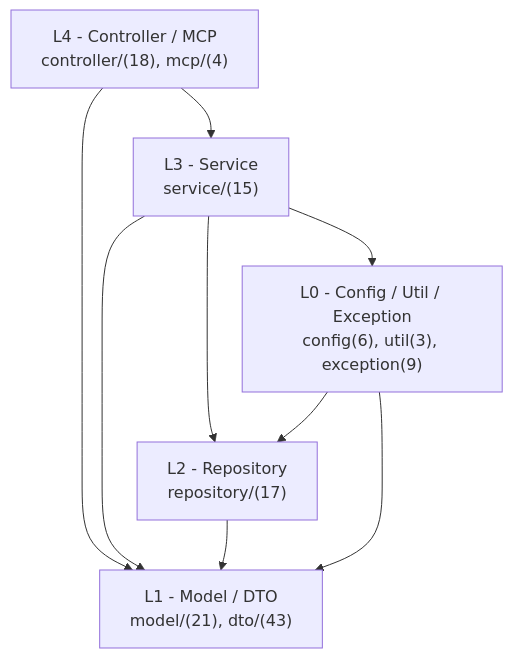
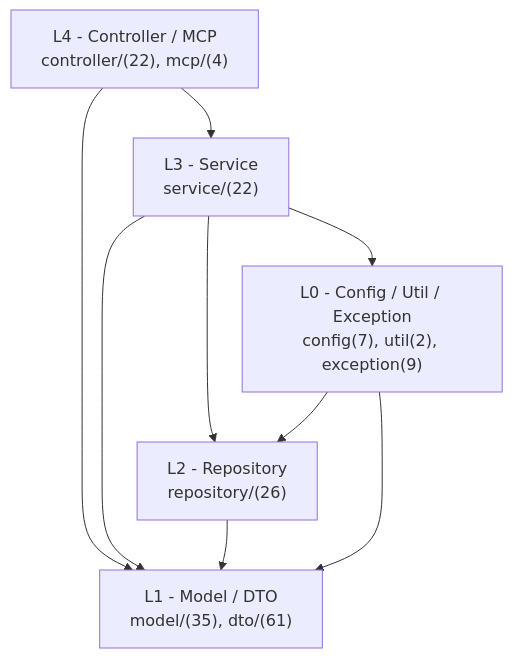
The first of 8 diagrams in docs/ARCHITECTURE.md (mambo-wang/CodingHub), drawn with Mermaid before and after one commit. The commit also changed other lines of this file and 5 other files, not shown here.

````diff
--- a/docs/ARCHITECTURE.md
+++ b/docs/ARCHITECTURE.md
@@ -41,16 +41,16 @@
 ```mermaid
 flowchart TD
-    L4["L4 - Controller / MCP<br/>controller/(18), mcp/(4)"]
-    L3["L3 - Service<br/>service/(15)"]
-    L2["L2 - Repository<br/>repository/(17)"]
-    L1["L1 - Model / DTO<br/>model/(21), dto/(43)"]
-    L0["L0 - Config / Util / Exception<br/>config(6), util(3), exception(9)"]
+    L4["L4 - Controller / MCP<br/>controller/(22), mcp/(4)"]
+    L3["L3 - Service<br/>service/(22)"]
+    L2["L2 - Repository<br/>repository/(26)"]
+    L1["L1 - Model / DTO<br/>model/(35), dto/(61)"]
+    L0["L0 - Config / Util / Exception<br/>config(7), util(2), exception(9)"]
     L4 --> L3
     L4 --> L1
     L3 --> L2
     L3 --> L1
     L3 --> L0
     L2 --> L1
     L0 --> L1
     L0 --> L2
 ```
````
